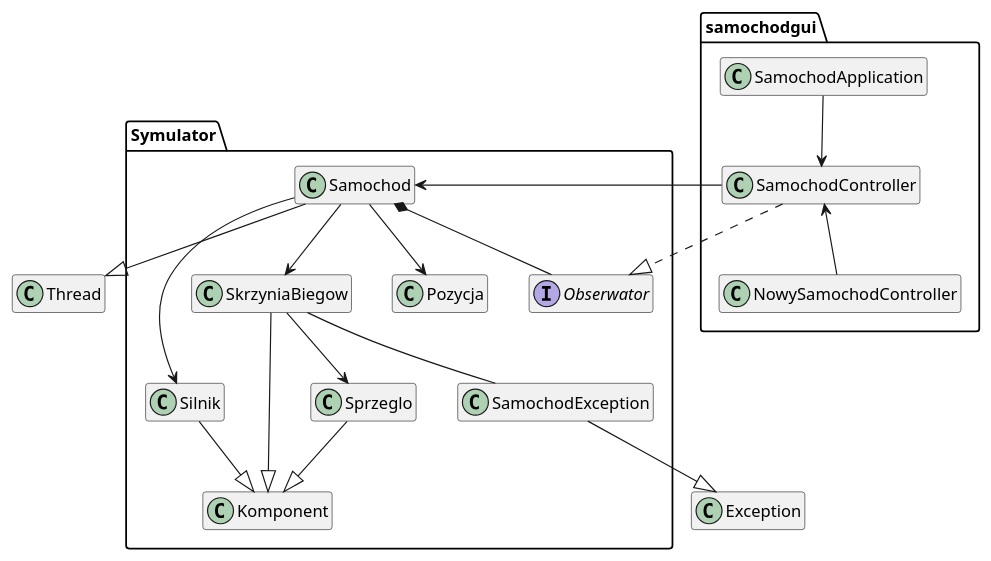
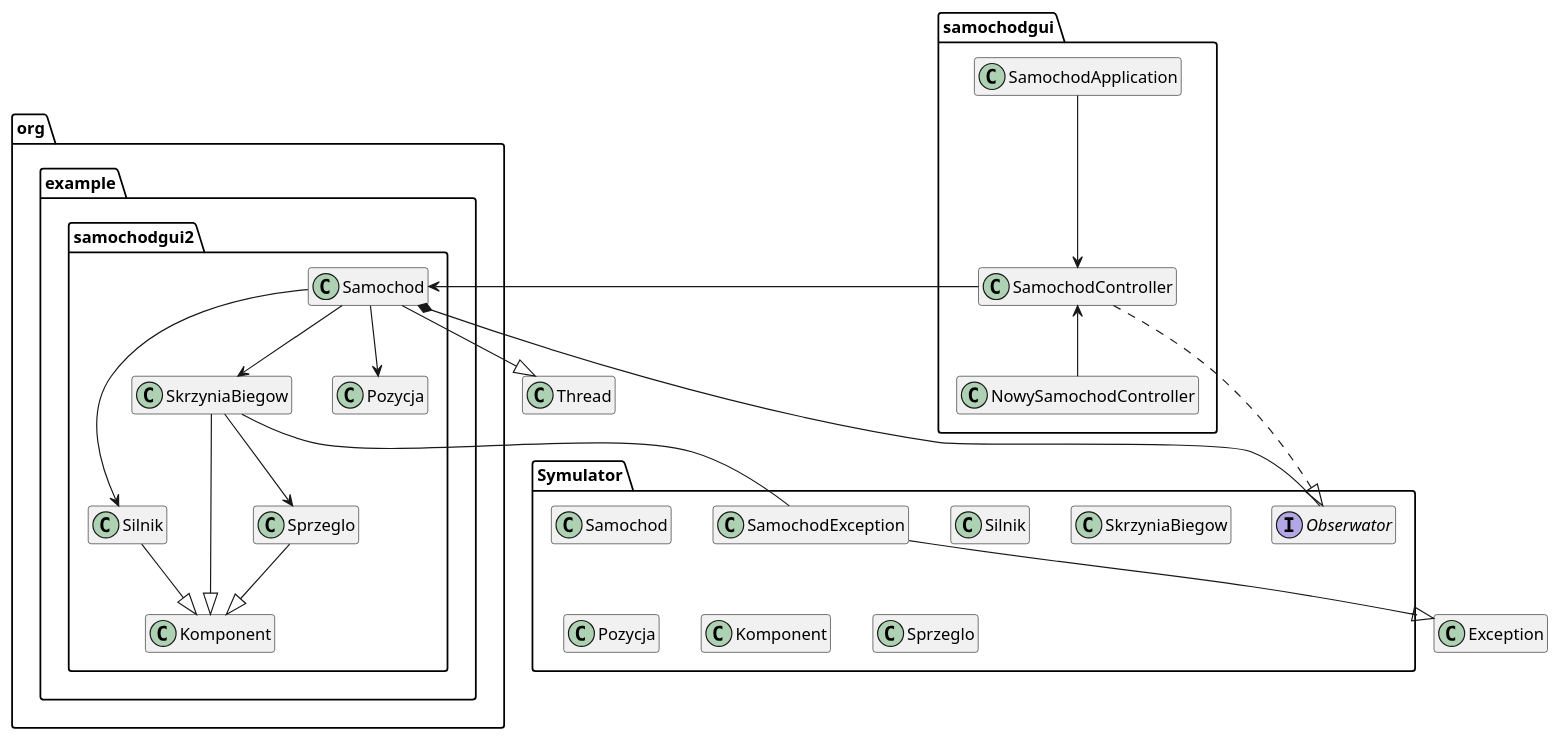
The first of 4 diagrams in README.md (mmaslanka950/po2025), drawn with PlantUML before and after one commit. The commit also changed 16 other files, not shown here.

```diff
--- a/README.md
+++ b/README.md
@@ -118,25 +118,25 @@
     }
 }
 
-Symulator.Samochod --> Symulator.Silnik
-Symulator.Samochod --> Symulator.SkrzyniaBiegow
-Symulator.Samochod --> Symulator.Pozycja
-Symulator.Samochod --|> Thread
-Symulator.Samochod *-- Symulator.Obserwator
-Symulator.Silnik --|> Symulator.Komponent
-Symulator.SkrzyniaBiegow --|> Symulator.Komponent
-Symulator.SkrzyniaBiegow --> Symulator.Sprzeglo
-Symulator.Sprzeglo --|> Symulator.Komponent
+org.example.samochodgui2.Samochod --> org.example.samochodgui2.Silnik
+org.example.samochodgui2.Samochod --> org.example.samochodgui2.SkrzyniaBiegow
+org.example.samochodgui2.Samochod --> org.example.samochodgui2.Pozycja
+org.example.samochodgui2.Samochod --|> Thread
+org.example.samochodgui2.Samochod *-- Symulator.Obserwator
+org.example.samochodgui2.Silnik --|> org.example.samochodgui2.Komponent
+org.example.samochodgui2.SkrzyniaBiegow --|> org.example.samochodgui2.Komponent
+org.example.samochodgui2.SkrzyniaBiegow --> org.example.samochodgui2.Sprzeglo
+org.example.samochodgui2.Sprzeglo --|> org.example.samochodgui2.Komponent
 
 
-samochodgui.SamochodController -> Symulator.Samochod
+samochodgui.SamochodController -> org.example.samochodgui2.Samochod
 samochodgui.SamochodController ..|> Symulator.Obserwator
 
 samochodgui.SamochodController <-- samochodgui.NowySamochodController
 samochodgui.SamochodApplication --> samochodgui.SamochodController
 
 Symulator.SamochodException --|> Exception
-Symulator.SkrzyniaBiegow -- Symulator.SamochodException
+org.example.samochodgui2.SkrzyniaBiegow -- Symulator.SamochodException
 
 hide methods
 hide members
```
